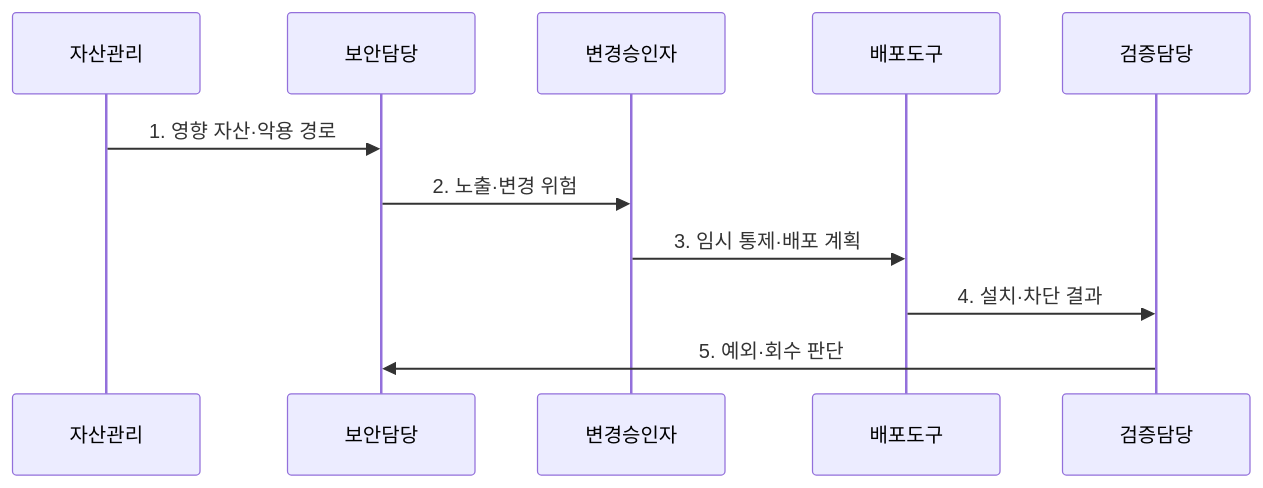
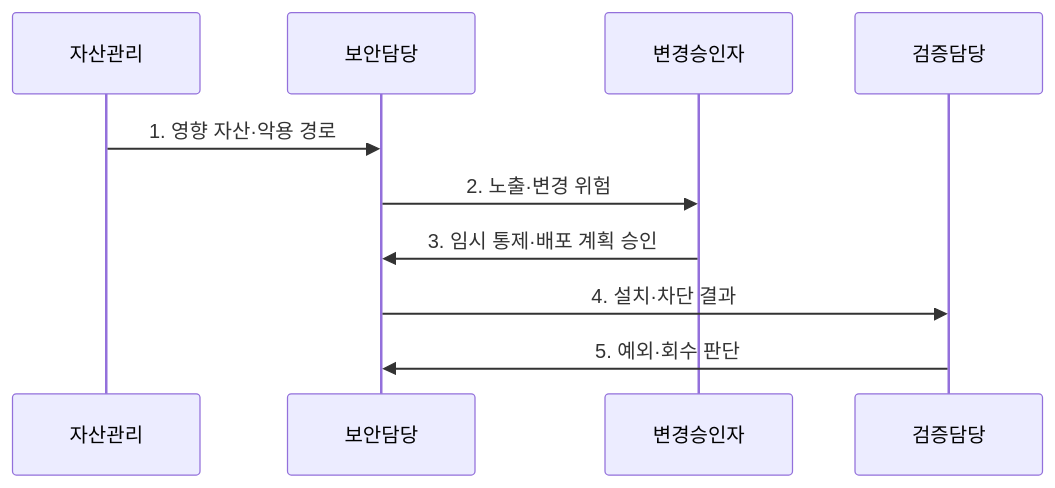
Before and after one commit to agnusdei1207/knowledge-base: the second of 2 diagrams in src/content/docs/notes/05-security/043_patch_management_virtual_patching.md, drawn with Mermaid. The commit also changed other lines of this file and 8 other files, not shown here.

````diff
--- a/src/content/docs/notes/05-security/043_patch_management_virtual_patching.md
+++ b/src/content/docs/notes/05-security/043_patch_management_virtual_patching.md
@@ -100,13 +100,12 @@
 ```mermaid
 sequenceDiagram
     participant 자산관리
     participant 보안담당
     participant 변경승인자
-    participant 배포도구
     participant 검증담당
     자산관리->>보안담당: 1. 영향 자산·악용 경로
     보안담당->>변경승인자: 2. 노출·변경 위험
-    변경승인자->>배포도구: 3. 임시 통제·배포 계획
-    배포도구->>검증담당: 4. 설치·차단 결과
+    변경승인자->>보안담당: 3. 임시 통제·배포 계획 승인
+    보안담당->>검증담당: 4. 설치·차단 결과
     검증담당->>보안담당: 5. 예외·회수 판단
 ```
````
